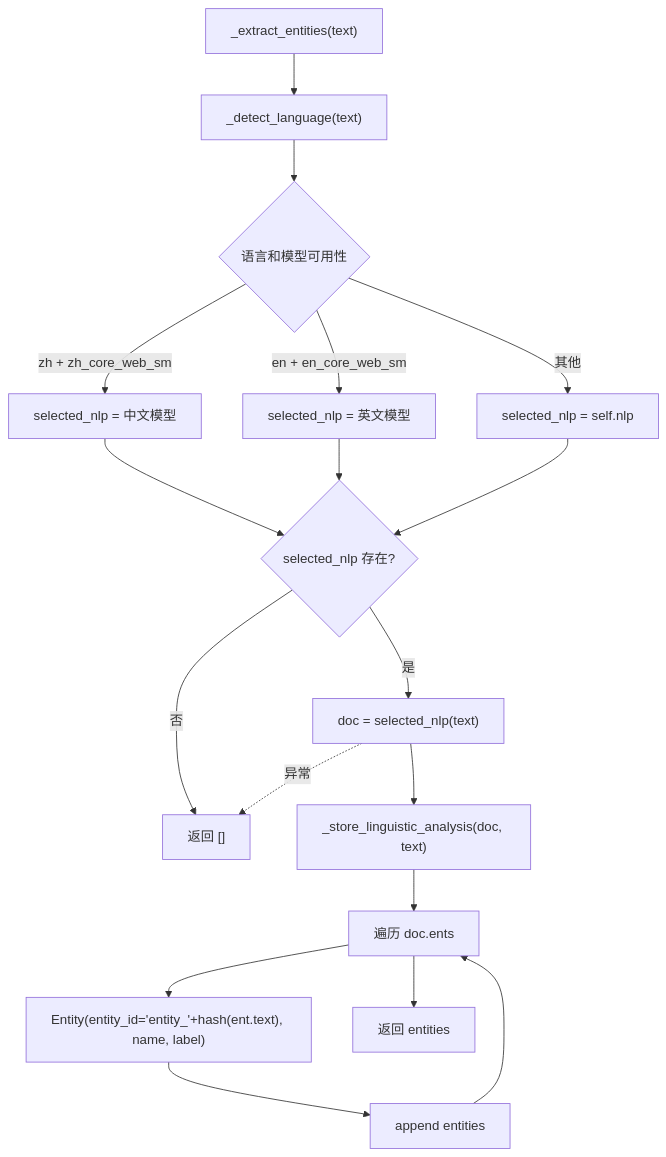
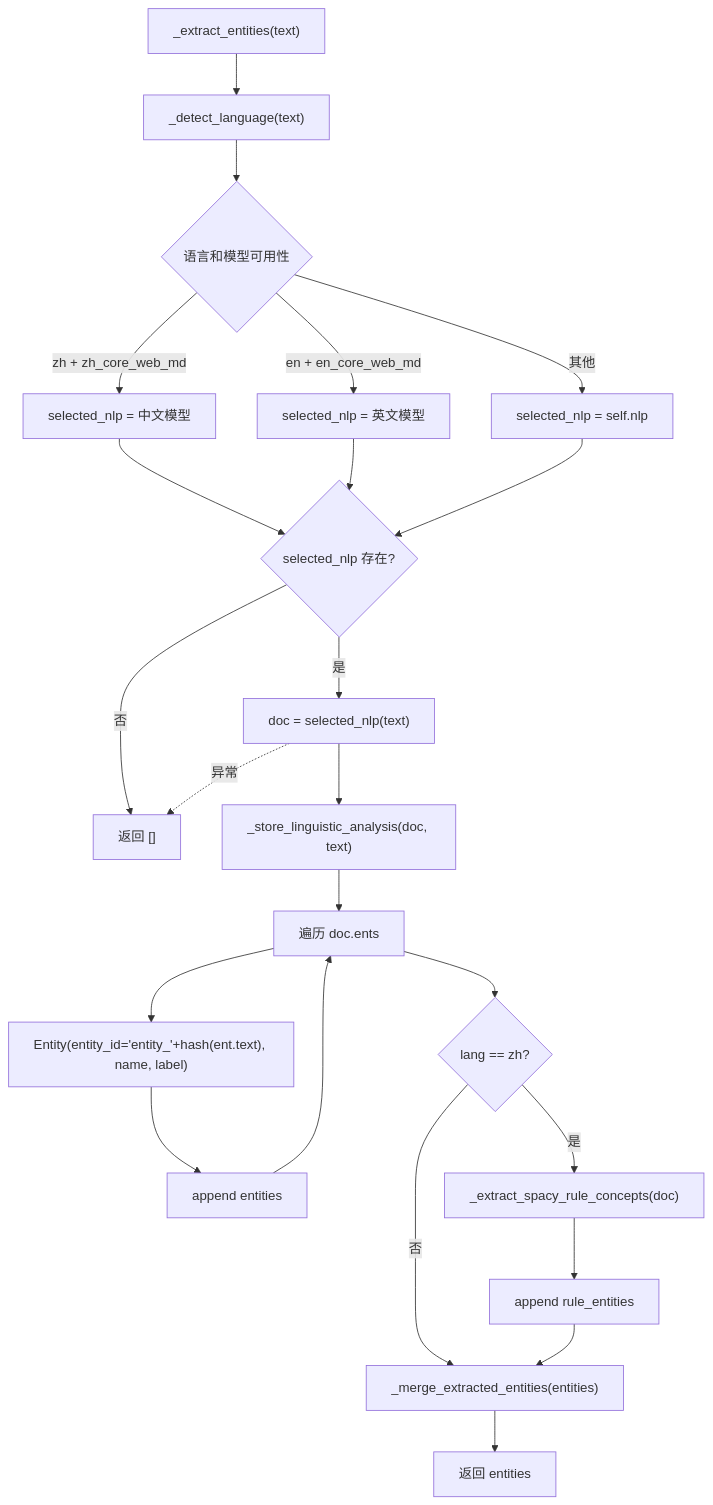
Diagram 11 of 36 in josie_agents/memory/types/semantic_memory_flow.md (liweilicoder/myAgent), drawn with Mermaid before and after one commit. The commit also changed other lines of this file and 10 other files, not shown here.

````diff
--- a/josie_agents/memory/types/semantic_memory_flow.md
+++ b/josie_agents/memory/types/semantic_memory_flow.md
@@ -304,20 +304,25 @@
 ```mermaid
 flowchart TD
     A["_extract_entities(text)"] --> B["_detect_language(text)"]
     B --> C{"语言和模型可用性"}
-    C -->|"zh + zh_core_web_sm"| D["selected_nlp = 中文模型"]
-    C -->|"en + en_core_web_sm"| E["selected_nlp = 英文模型"]
+    C -->|"zh + zh_core_web_md"| D["selected_nlp = 中文模型"]
+    C -->|"en + en_core_web_md"| E["selected_nlp = 英文模型"]
     C -->|"其他"| F["selected_nlp = self.nlp"]
     D --> G{"selected_nlp 存在?"}
     E --> G
     F --> G
     G -->|否| H["返回 []"]
     G -->|是| I["doc = selected_nlp(text)"]
     I --> J["_store_linguistic_analysis(doc, text)"]
     J --> K["遍历 doc.ents"]
     K --> L["Entity(entity_id='entity_'+hash(ent.text), name, label)"]
     L --> M["append entities"]
     M --> K
-    K --> N["返回 entities"]
+    K --> N{"lang == zh?"}
+    N -->|是| O["_extract_spacy_rule_concepts(doc)"]
+    O --> P["append rule_entities"]
+    N -->|否| Q["_merge_extracted_entities(entities)"]
+    P --> Q
+    Q --> R["返回 entities"]
     I -.异常.-> H
 ```
````
